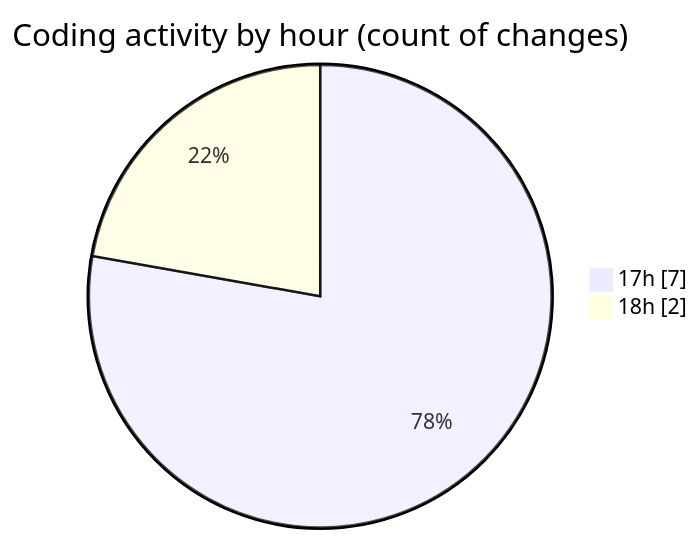
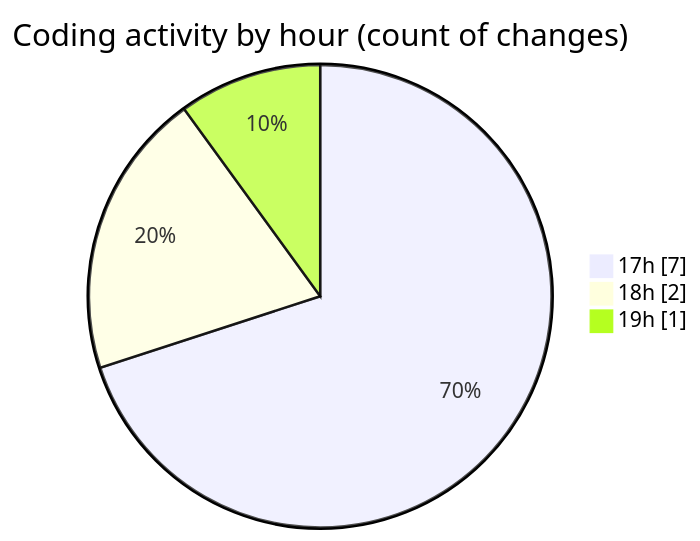
Before and after one commit to MatusMokan/code-tracking: the second of 2 diagrams in 2025-01-12/myws__workspace_/README.md, drawn with Mermaid. The commit also changed other lines of this file and 1 other file, not shown here.

````diff
--- a/2025-01-12/myws__workspace_/README.md
+++ b/2025-01-12/myws__workspace_/README.md
@@ -29,6 +29,7 @@
 ```mermaid
 pie showData
 title Coding activity by hour (count of changes)
 "17h" : 7
 "18h" : 2
+"19h" : 1
 ```
````
